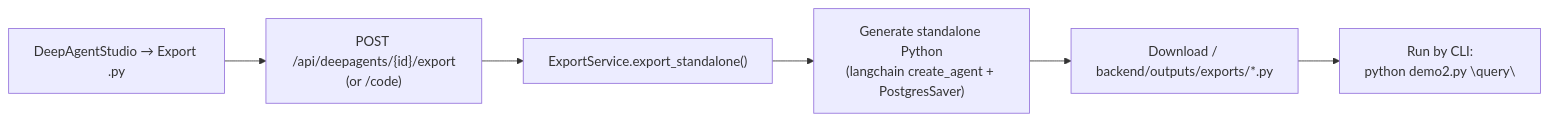
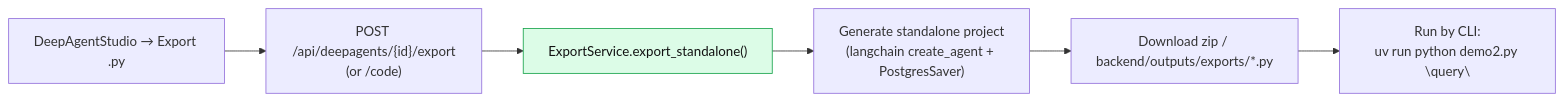
Before and after one commit to sailor723/langconfig: the eighth of 12 diagrams in docs/system-architecture.md, drawn with Mermaid. The commit also changed other lines of this file, not shown here.

First line of the commit message:
docs: enrich system architecture 5x with layered walkthroughs and diagrams

````diff
--- a/docs/system-architecture.md
+++ b/docs/system-architecture.md
@@ -128,8 +527,10 @@
 ```mermaid
 flowchart LR
     U1["DeepAgentStudio → Export .py"] --> U2["POST /api/deepagents/{id}/export<br/>(or /code)"]
     U2 --> U3["ExportService.export_standalone()"]
-    U3 --> U4["Generate standalone Python<br/>(langchain create_agent + PostgresSaver)"]
-    U4 --> U5["Download / backend/outputs/exports/*.py"]
-    U5 --> U6["Run by CLI:<br/>python demo2.py \"query\""]
+    U3 --> U4["Generate standalone project<br/>(langchain create_agent + PostgresSaver)"]
+    U4 --> U5["Download zip / backend/outputs/exports/*.py"]
+    U5 --> U6["Run by CLI:<br/>uv run python demo2.py \"query\""]
+
+    style U3 fill:#dcfce7,stroke:#16a34a,color:#111
 ```
````
